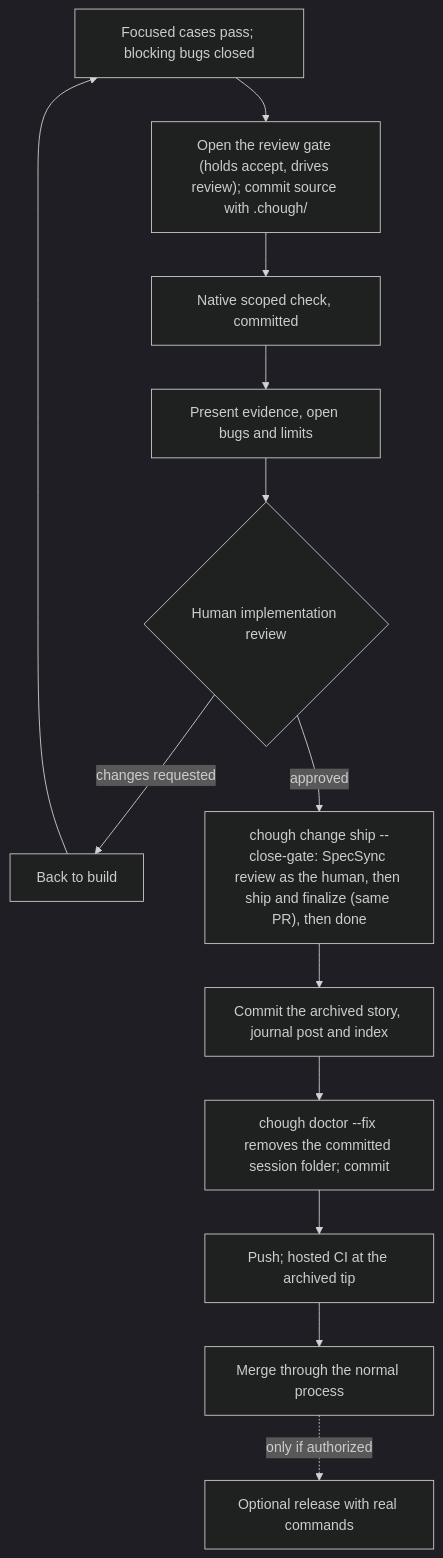
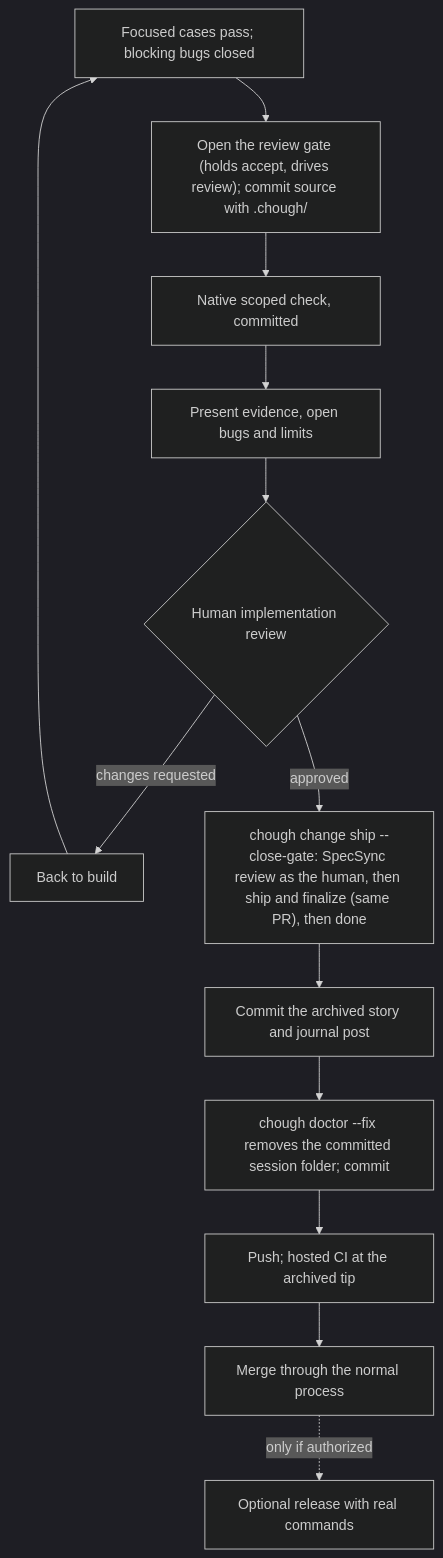
One commit to CorvidLabs/chough changed the diagram in docs/diagrams/lifecycle.mmd. Above: the diagram before and after it, drawn with Mermaid (dark theme). The commit also changed 64 other files, not shown here.

```diff
--- a/docs/diagrams/lifecycle.mmd
+++ b/docs/diagrams/lifecycle.mmd
@@ -1,13 +1,13 @@
 flowchart TB
     tests["Focused cases pass; blocking bugs closed"] --> gate["Open the review gate (holds accept, drives review); commit source with .chough/"]
     gate --> check["Native scoped check, committed"]
     check --> present["Present evidence, open bugs and limits"]
     present --> human{"Human implementation review"}
     human -->|"changes requested"| build["Back to build"]
     build --> tests
     human -->|"approved"| ship["chough change ship --close-gate: SpecSync review as the human, then ship and finalize (same PR), then done"]
-    ship --> story["Commit the archived story, journal post and index"]
+    ship --> story["Commit the archived story and journal post"]
     story --> cleanup["chough doctor --fix removes the committed session folder; commit"]
     cleanup --> push["Push; hosted CI at the archived tip"]
     push --> merge["Merge through the normal process"]
     merge -. "only if authorized" .-> release["Optional release with real commands"]
```
